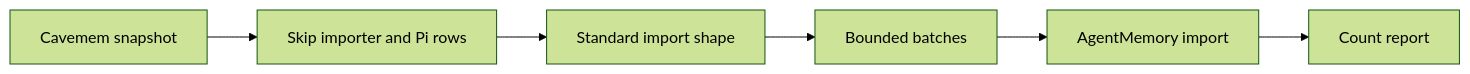
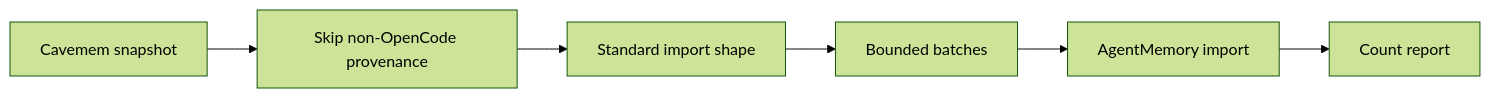
One commit to DWSR/nix-config changed the third of 3 diagrams in .kiro/specs/agentmemory-opencode-migration/design.md. Above: the diagram before and after it, drawn with Mermaid (forest theme). The commit also changed other lines of this file and 21 other files, not shown here.

````diff
--- a/.kiro/specs/agentmemory-opencode-migration/design.md
+++ b/.kiro/specs/agentmemory-opencode-migration/design.md
@@ -181,8 +182,8 @@
 ```mermaid
 flowchart LR
-    Snapshot[Cavemem snapshot] --> Filter[Skip importer and Pi rows]
+    Snapshot[Cavemem snapshot] --> Filter[Skip non-OpenCode provenance]
     Filter --> Transform[Standard import shape]
     Transform --> Batch[Bounded batches]
     Batch --> AgentMemory[AgentMemory import]
     AgentMemory --> Report[Count report]
 ```
````
